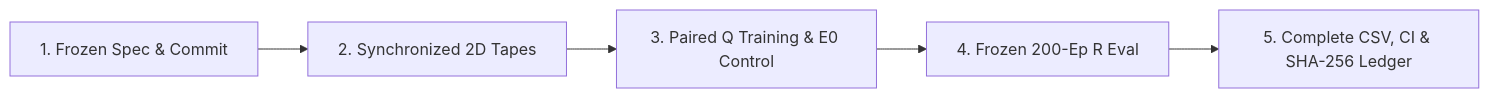
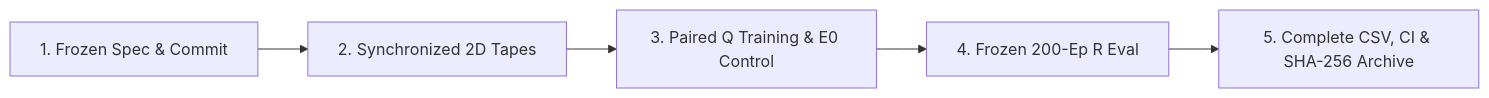
One commit to bvolpato/leetllm changed the diagram in web/src/content/foundations/capstone-reproducible-research-study/content.md. Above: the diagram before and after it, drawn with Mermaid. The commit also changed other lines of this file and 23 other files, not shown here.

````diff
--- a/web/src/content/foundations/capstone-reproducible-research-study/content.md
+++ b/web/src/content/foundations/capstone-reproducible-research-study/content.md
@@ -413,8 +375,8 @@
 ```mermaid
 flowchart LR
-  accDescr: End-to-end reproducibility pipeline connecting a frozen study specification, 2D synchronized seed tapes, paired sparse and shaped training, zero-potential control, greedy original-reward evaluation, and SHA-256 artifact ledger.
+  accDescr: End-to-end reproducibility pipeline connecting a frozen study specification, 2D synchronized seed tapes, paired sparse and shaped training, zero-potential control, greedy original-reward evaluation, and SHA-256 artifact archive.
   spec["1. Frozen Spec & Commit"]:::primary --> tape["2. Synchronized 2D Tapes"]:::secondary
   tape --> train["3. Paired Q Training & E0 Control"]:::primary
   train --> eval["4. Frozen 200-Ep R Eval"]:::warning
-  eval --> ledger["5. Complete CSV, CI & SHA-256 Ledger"]:::success
+  eval --> archive["5. Complete CSV, CI & SHA-256 Archive"]:::success
 ```
````
